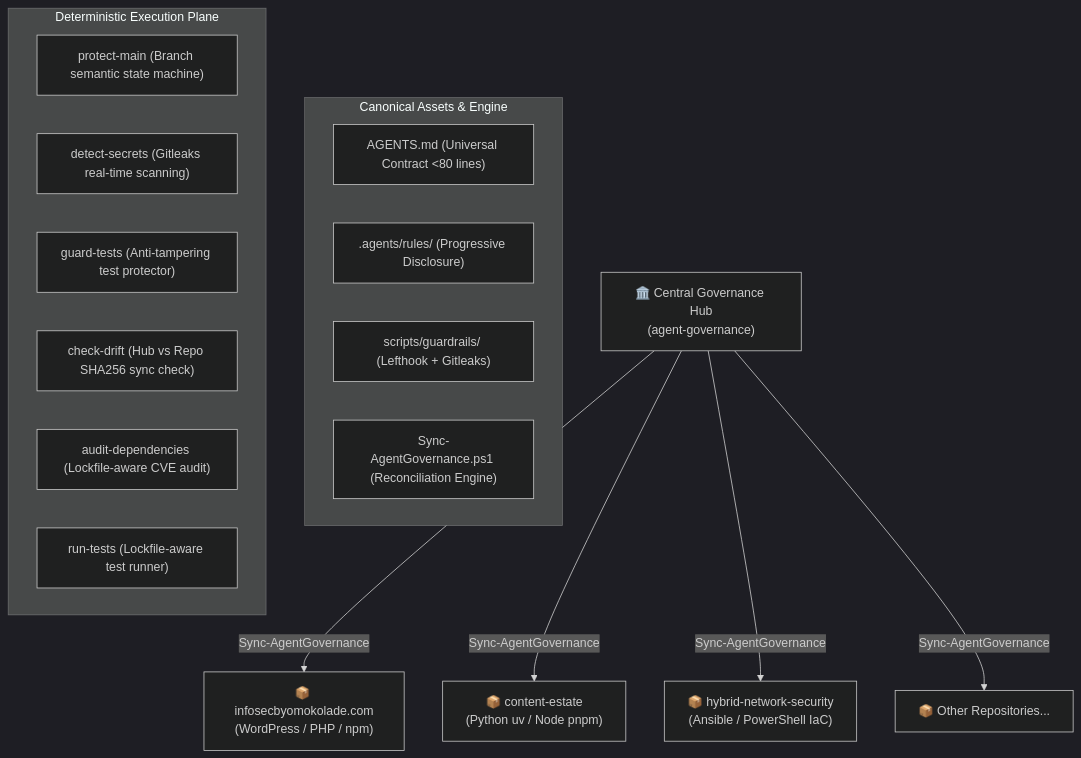
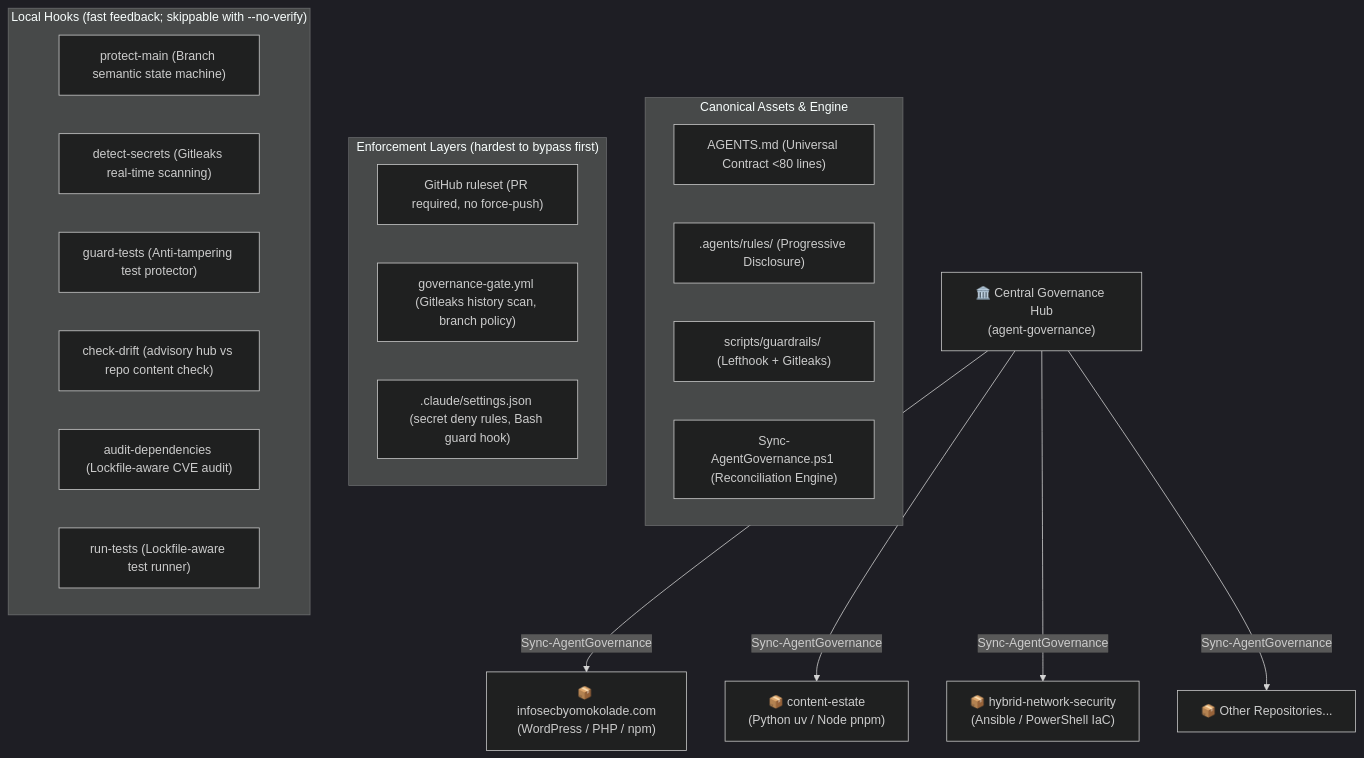
Before and after one commit to kolade-ogunleye/agent-governance: the diagram in README.md, drawn with Mermaid (dark theme). The commit also changed other lines of this file and 38 other files, not shown here.

````diff
--- a/README.md
+++ b/README.md
@@ -11,23 +11,29 @@
 ```mermaid
 flowchart TD
     Hub["🏛️ Central Governance Hub<br>(agent-governance)"] -->|Sync-AgentGovernance| R1["📦 infosecbyomokolade.com<br>(WordPress / PHP / npm)"]
     Hub -->|Sync-AgentGovernance| R2["📦 content-estate<br>(Python uv / Node pnpm)"]
     Hub -->|Sync-AgentGovernance| R3["📦 hybrid-network-security<br>(Ansible / PowerShell IaC)"]
     Hub -->|Sync-AgentGovernance| RN["📦 Other Repositories..."]
 
     subgraph HubContent["Canonical Assets & Engine"]
         T_AGENTS["AGENTS.md (Universal Contract <80 lines)"]
         T_RULES[".agents/rules/ (Progressive Disclosure)"]
         T_GUARDS["scripts/guardrails/ (Lefthook + Gitleaks)"]
         T_ENGINE["Sync-AgentGovernance.ps1 (Reconciliation Engine)"]
     end
 
-    subgraph Guardrails["Deterministic Execution Plane"]
+    subgraph Enforcement["Enforcement Layers (hardest to bypass first)"]
+        E_RULESET["GitHub ruleset (PR required, no force-push)"]
+        E_CI["governance-gate.yml (Gitleaks history scan, branch policy)"]
+        E_AGENT[".claude/settings.json (secret deny rules, Bash guard hook)"]
+    end
+
+    subgraph Guardrails["Local Hooks (fast feedback; skippable with --no-verify)"]
         G_MAIN["protect-main (Branch semantic state machine)"]
         G_SECRETS["detect-secrets (Gitleaks real-time scanning)"]
         G_TESTS["guard-tests (Anti-tampering test protector)"]
-        G_DRIFT["check-drift (Hub vs Repo SHA256 sync check)"]
+        G_DRIFT["check-drift (advisory hub vs repo content check)"]
         G_SUPPLY["audit-dependencies (Lockfile-aware CVE audit)"]
         G_RUNNER["run-tests (Lockfile-aware test runner)"]
     end
 ```
````
